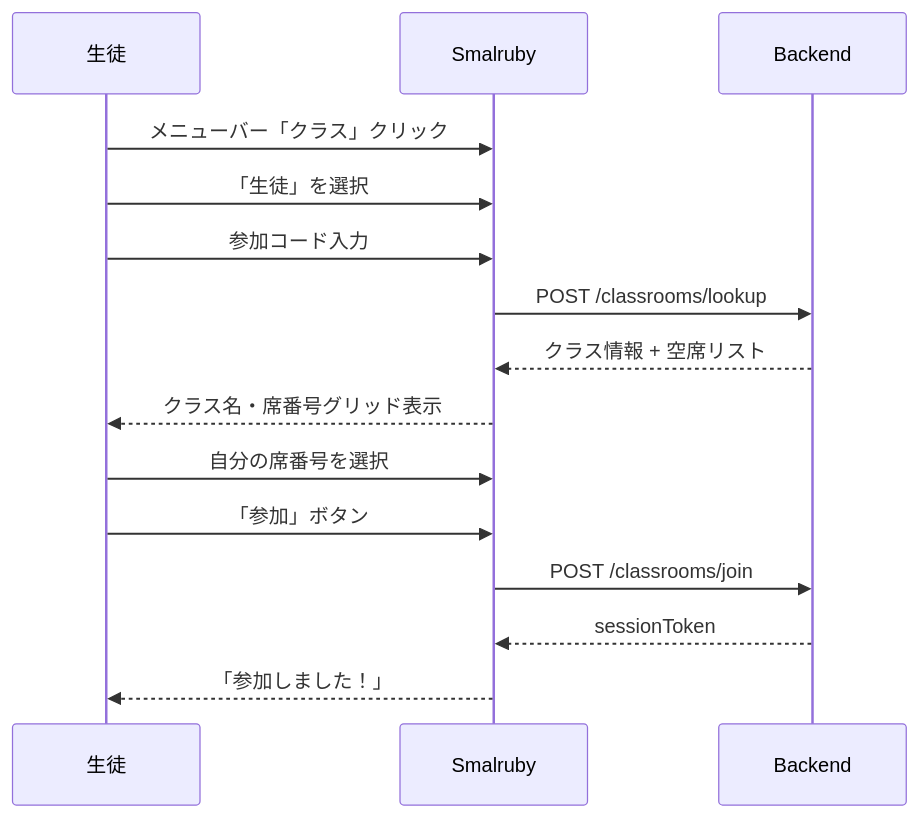
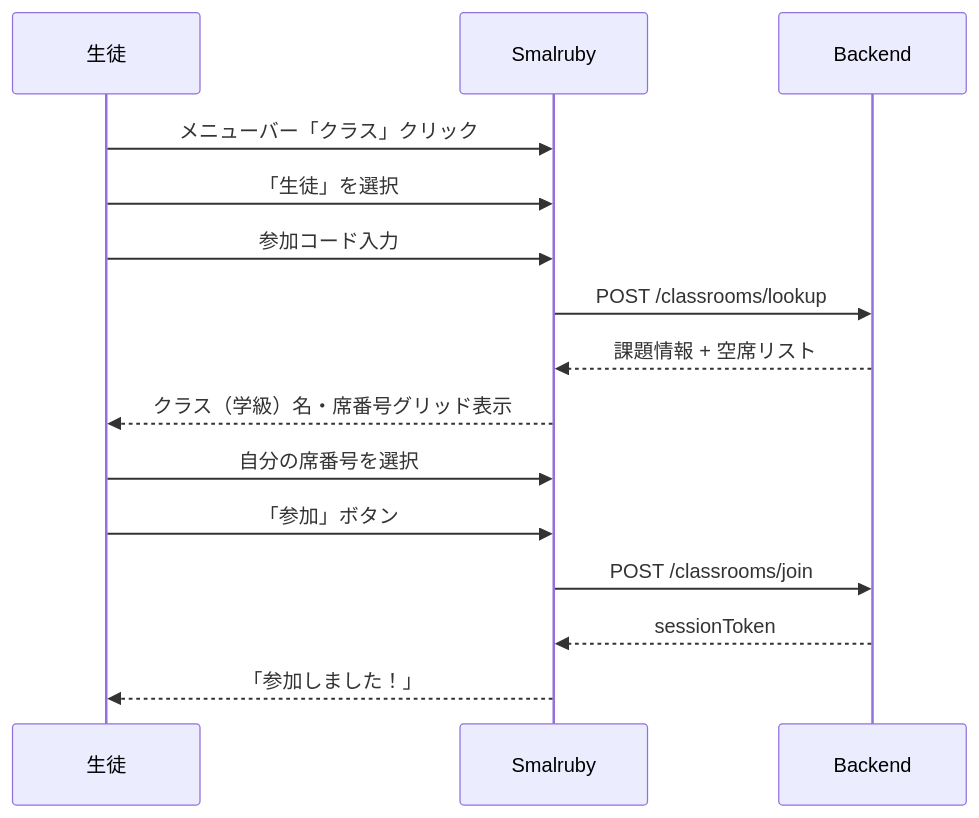
One commit to smalruby/smalruby3-editor changed the fifth of 7 diagrams in docs/classroom/user-stories.md. Above: the diagram before and after it, drawn with Mermaid. The commit also changed other lines of this file, not shown here.

````diff
--- a/docs/classroom/user-stories.md
+++ b/docs/classroom/user-stories.md
@@ -152,18 +152,18 @@
 ```mermaid
 sequenceDiagram
     participant S as 生徒
     participant UI as Smalruby
     participant API as Backend
 
     S->>UI: メニューバー「クラス」クリック
     S->>UI: 「生徒」を選択
     S->>UI: 参加コード入力
     UI->>API: POST /classrooms/lookup
-    API-->>UI: クラス情報 + 空席リスト
-    UI-->>S: クラス名・席番号グリッド表示
+    API-->>UI: 課題情報 + 空席リスト
+    UI-->>S: クラス（学級）名・席番号グリッド表示
     S->>UI: 自分の席番号を選択
     S->>UI: 「参加」ボタン
     UI->>API: POST /classrooms/join
     API-->>UI: sessionToken
     UI-->>S: 「参加しました！」
 ```
````
